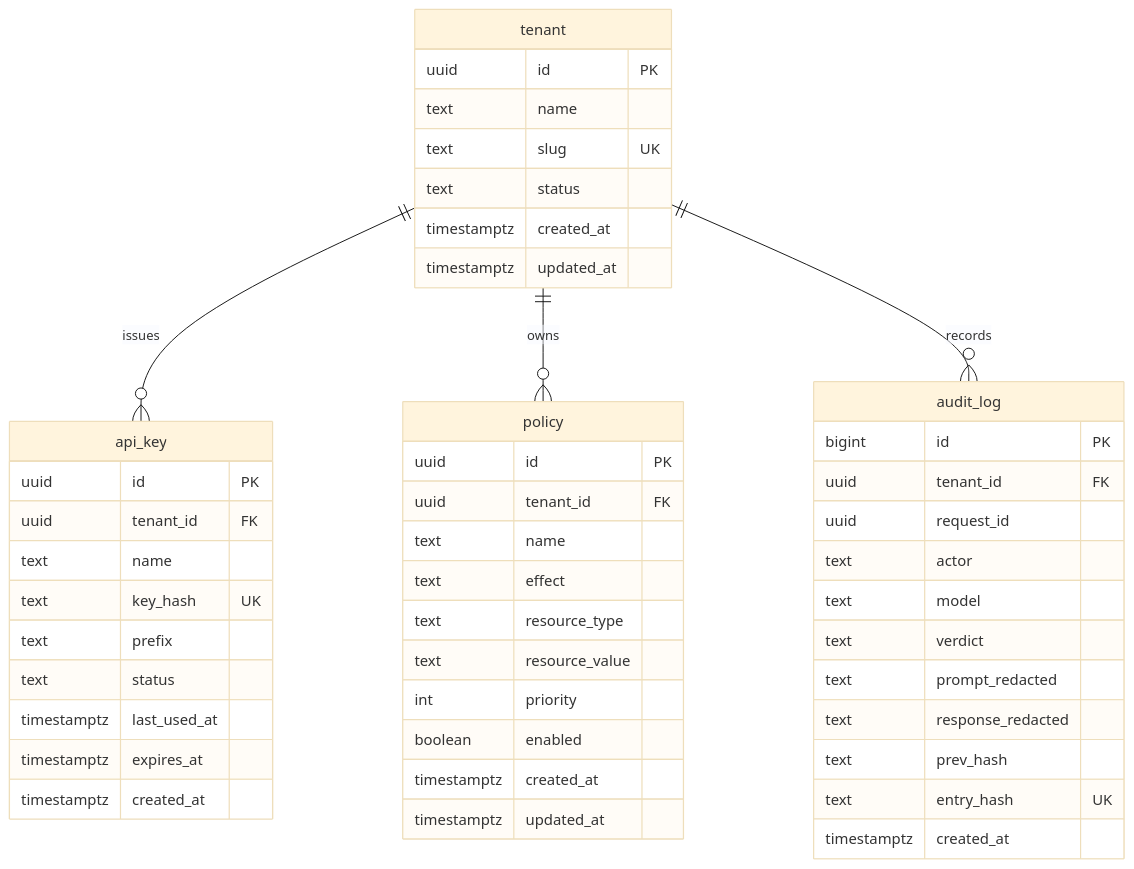
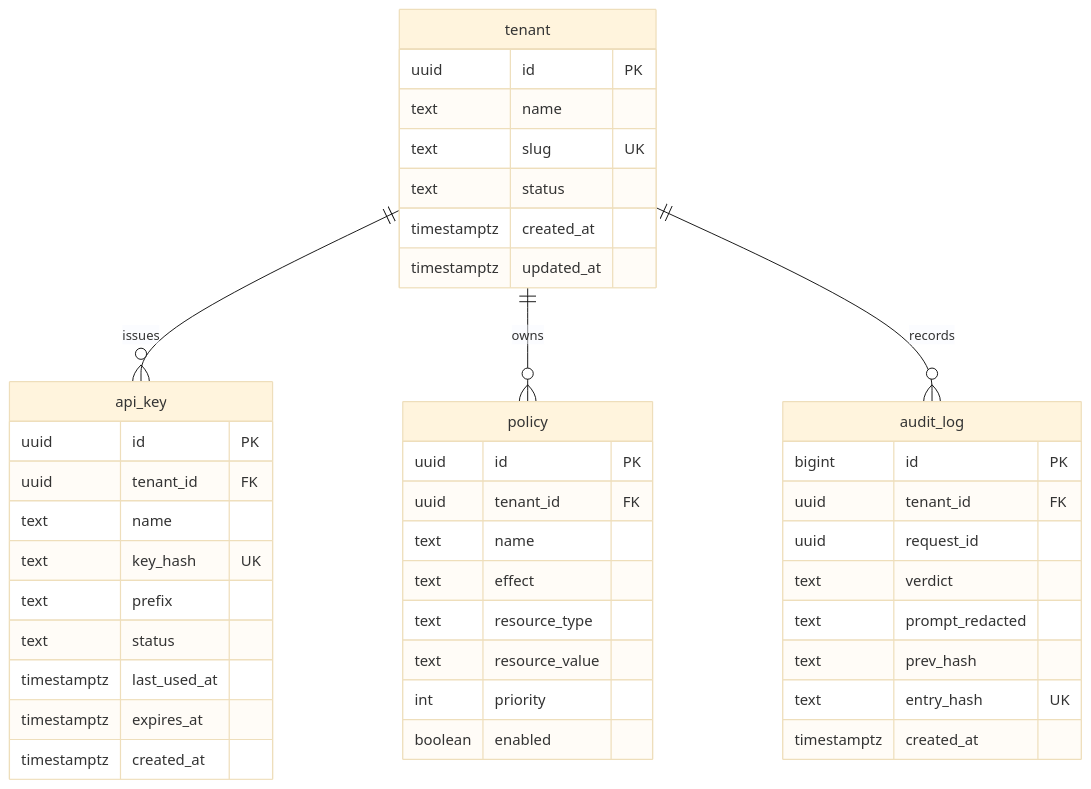
The third of 7 diagrams in docs/ARCHITECTURE.md (gauthambinoy/gatewise), drawn with Mermaid (base theme) before and after one commit. The commit also changed other lines of this file and 2 other files, not shown here.

First line of the commit message:
docs: architecture diagrams, README, and license

````diff
--- a/docs/ARCHITECTURE.md
+++ b/docs/ARCHITECTURE.md
@@ -11,51 +104,46 @@
 ```mermaid
 erDiagram
     tenant ||--o{ api_key : "issues"
     tenant ||--o{ policy : "owns"
     tenant ||--o{ audit_log : "records"
 
     tenant {
         uuid id PK
         text name
         text slug UK
         text status
         timestamptz created_at
         timestamptz updated_at
     }
     api_key {
         uuid id PK
         uuid tenant_id FK
         text name
         text key_hash UK
         text prefix
         text status
         timestamptz last_used_at
         timestamptz expires_at
         timestamptz created_at
     }
     policy {
         uuid id PK
         uuid tenant_id FK
         text name
         text effect
         text resource_type
         text resource_value
         int priority
         boolean enabled
-        timestamptz created_at
-        timestamptz updated_at
     }
     audit_log {
         bigint id PK
         uuid tenant_id FK
         uuid request_id
-        text actor
-        text model
         text verdict
         text prompt_redacted
-        text response_redacted
         text prev_hash
         text entry_hash UK
         timestamptz created_at
     }
 ```
````
